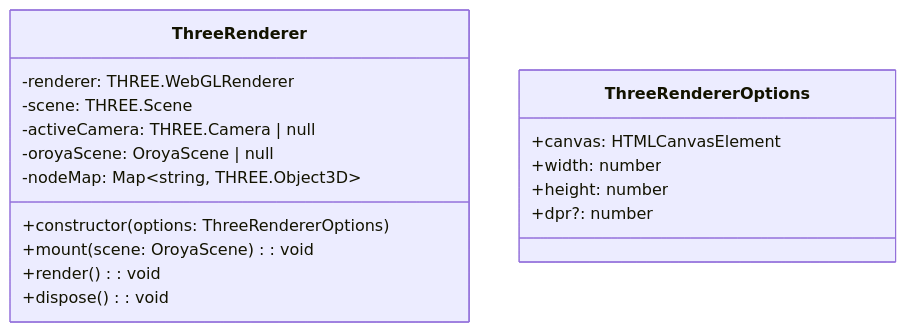
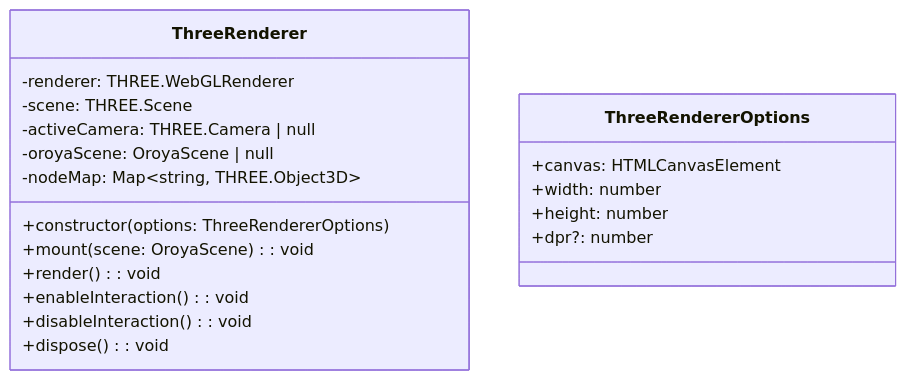
The ninth of 10 diagrams in docs/api-reference.md (joshuacba08/oroya-animate), drawn with Mermaid before and after one commit. The commit also changed other lines of this file and 3 other files, not shown here.

````diff
--- a/docs/api-reference.md
+++ b/docs/api-reference.md
@@ -804,21 +1044,23 @@
 ```mermaid
 classDiagram
     class ThreeRenderer {
         -renderer: THREE.WebGLRenderer
         -scene: THREE.Scene
         -activeCamera: THREE.Camera | null
         -oroyaScene: OroyaScene | null
         -nodeMap: Map~string, THREE.Object3D~
         +constructor(options: ThreeRendererOptions)
         +mount(scene: OroyaScene): void
         +render(): void
+        +enableInteraction(): void
+        +disableInteraction(): void
         +dispose(): void
     }
 
     class ThreeRendererOptions {
         +canvas: HTMLCanvasElement
         +width: number
         +height: number
         +dpr?: number
     }
 ```
````
